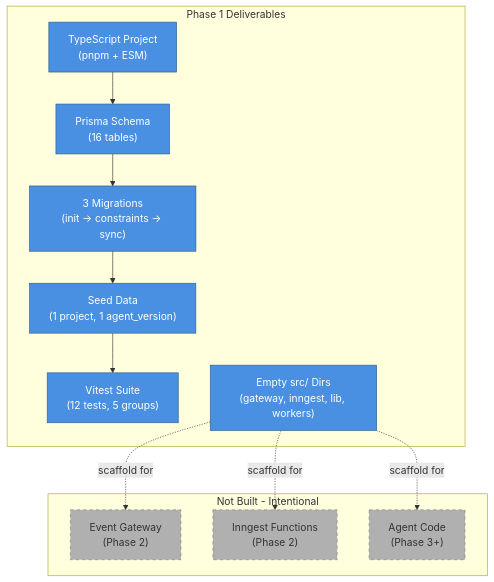
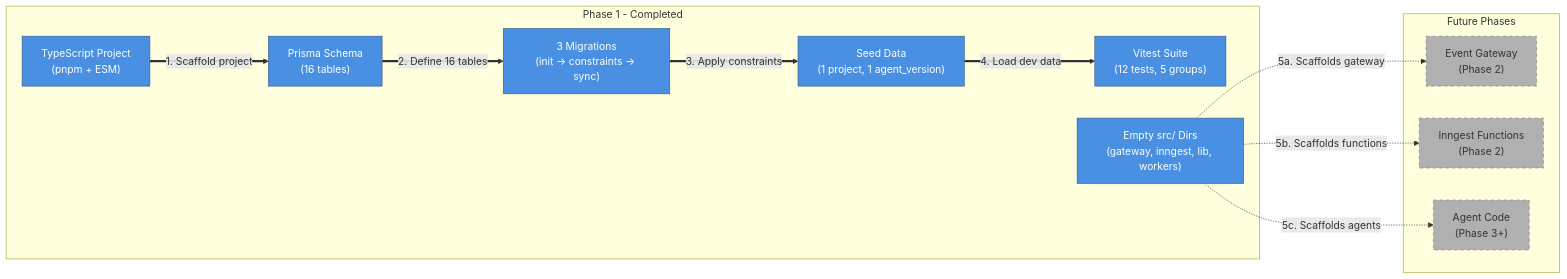
The first of 6 diagrams in docs/2026-03-26-1511-phase1-foundation.md (viiqswim/dozaldevs-ai-employee), drawn with Mermaid before and after one commit. The commit also changed other lines of this file, not shown here.

Commit message:
docs: update Phase 1 diagrams to Mermaid standards (numbered steps, flow tables, standard palette)

````diff
--- a/docs/2026-03-26-1511-phase1-foundation.md
+++ b/docs/2026-03-26-1511-phase1-foundation.md
@@ -11,25 +11,28 @@
 ```mermaid
-flowchart TD
-    subgraph Phase 1 Deliverables
+flowchart LR
+    subgraph Phase 1 - Completed
         TS["TypeScript Project\n(pnpm + ESM)"]:::service
         SCHEMA["Prisma Schema\n(16 tables)"]:::service
         MIG["3 Migrations\n(init → constraints → sync)"]:::service
         SEED["Seed Data\n(1 project, 1 agent_version)"]:::service
         TESTS["Vitest Suite\n(12 tests, 5 groups)"]:::service
         DIRS["Empty src/ Dirs\n(gateway, inngest, lib, workers)"]:::service
     end
 
-    subgraph Not Built - Intentional
+    subgraph Future Phases
         GW["Event Gateway\n(Phase 2)"]:::future
-        INNGEST["Inngest Functions\n(Phase 2)"]:::future
-        AGENTS["Agent Code\n(Phase 3+)"]:::future
+        ING["Inngest Functions\n(Phase 2)"]:::future
+        AGT["Agent Code\n(Phase 3+)"]:::future
     end
 
-    TS --> SCHEMA --> MIG --> SEED --> TESTS
-    DIRS -.->|"scaffold for"| GW
-    DIRS -.->|"scaffold for"| INNGEST
-    DIRS -.->|"scaffold for"| AGENTS
+    TS ==>|"1. Scaffold project"| SCHEMA
+    SCHEMA ==>|"2. Define 16 tables"| MIG
+    MIG ==>|"3. Apply constraints"| SEED
+    SEED ==>|"4. Load dev data"| TESTS
+    DIRS -.->|"5a. Scaffolds gateway"| GW
+    DIRS -.->|"5b. Scaffolds functions"| ING
+    DIRS -.->|"5c. Scaffolds agents"| AGT
 
     classDef service fill:#4A90E2,stroke:#2E5C8A,color:#fff
     classDef future fill:#B0B0B0,stroke:#808080,color:#333,stroke-dasharray:5
 ```
````
